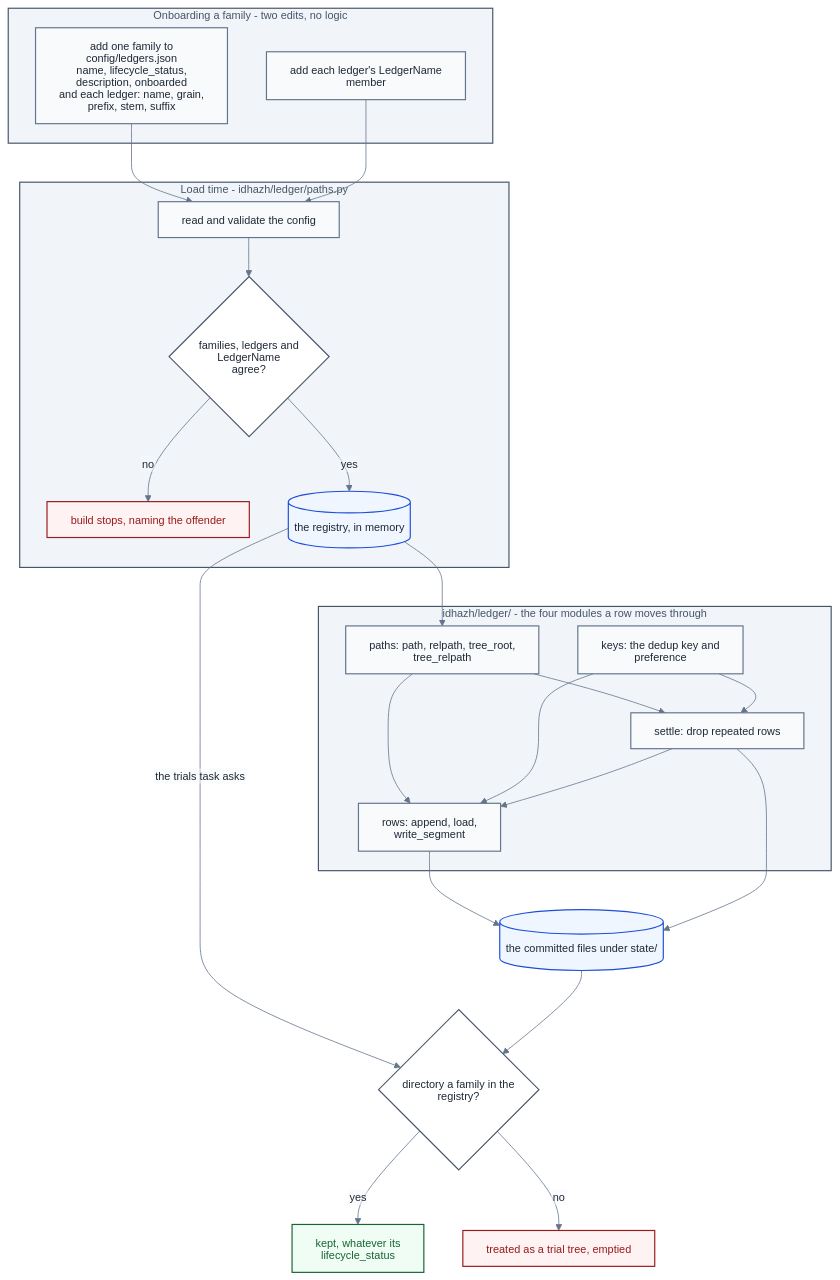
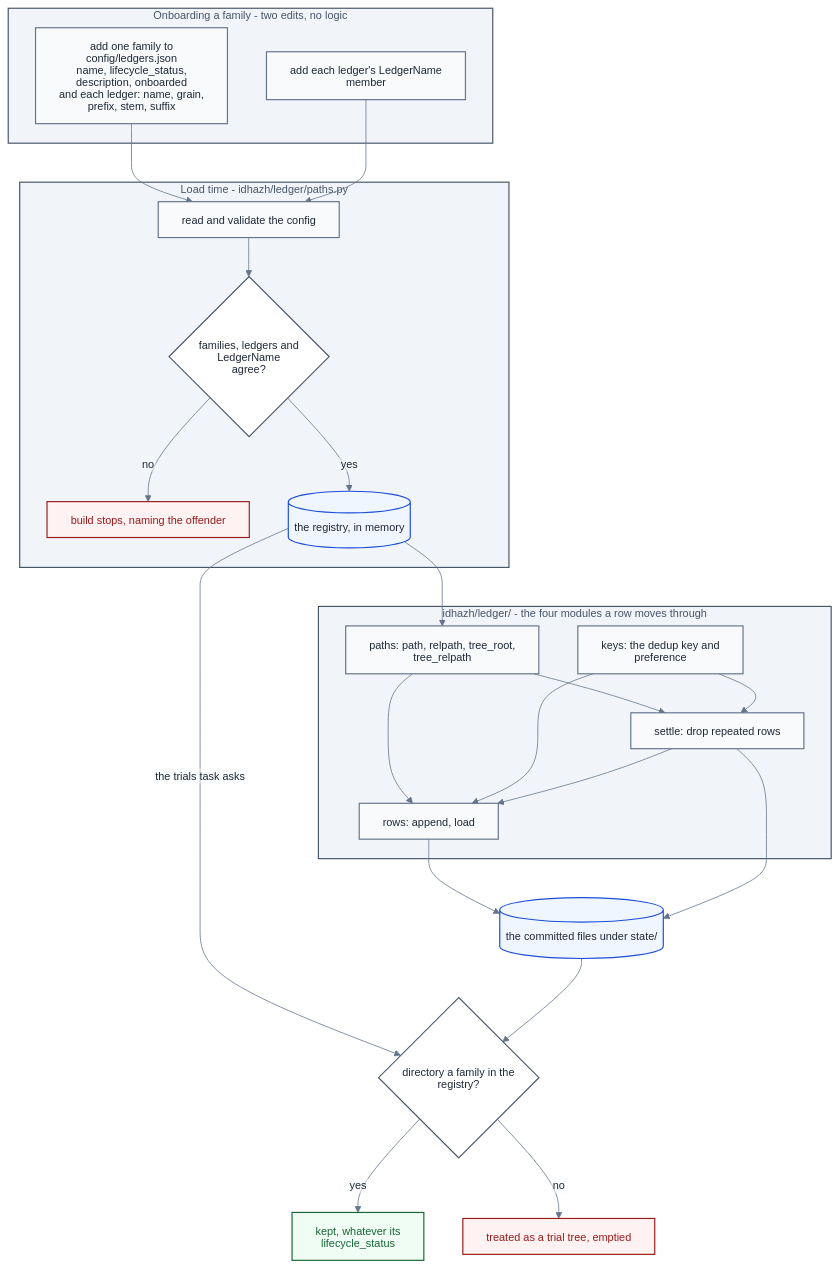
Before and after one commit to miztiik/yen-idhazh: the diagram in docs/architecture/contracts/ledger-registry.md, drawn with Mermaid. The commit also changed other lines of this file and 51 other files, not shown here.

````diff
--- a/docs/architecture/contracts/ledger-registry.md
+++ b/docs/architecture/contracts/ledger-registry.md
@@ -143,59 +139,59 @@
 ```mermaid
 %%{init: {"theme": "base", "htmlLabels": false, "themeVariables": {"background": "#ffffff", "primaryColor": "#f8fafc", "primaryTextColor": "#1f2937", "primaryBorderColor": "#64748b", "lineColor": "#64748b", "textColor": "#1f2937", "clusterBkg": "#f1f5f9", "clusterBorder": "#64748b", "titleColor": "#1f2937", "edgeLabelBackground": "#f8fafc", "fontSize": "14px"}}}%%
 flowchart TB
   subgraph ONBOARD["Onboarding a family - two edits, no logic"]
     ENTRY["add one family to config/ledgers.json<br/>name, lifecycle_status, description, onboarded<br/>and each ledger: name, grain, prefix, stem, suffix"]
     MEMBER["add each ledger's LedgerName member"]
   end
 
   subgraph LOAD["Load time - idhazh/ledger/paths.py"]
     READ["read and validate the config"]
     BIJ{"families, ledgers and LedgerName<br/>agree?"}
     REFUSE["build stops, naming the offender"]
     REG[("the registry, in memory")]
   end
 
   subgraph DOOR["idhazh/ledger/ - the four modules a row moves through"]
     PATHS["paths: path, relpath, tree_root, tree_relpath"]
     KEYS["keys: the dedup key and preference"]
-    ROWS["rows: append, load, write_segment"]
+    ROWS["rows: append, load"]
     SETTLE["settle: drop repeated rows"]
   end
 
   TREE[("the committed files under state/")]
   PRUNE{"directory a family in the registry?"}
   KEEP["kept, whatever its lifecycle_status"]
   EMPTY["treated as a trial tree, emptied"]
 
   ENTRY --> READ
   MEMBER --> READ
   READ --> BIJ
   BIJ -->|"no"| REFUSE
   BIJ -->|"yes"| REG
   REG --> PATHS
   PATHS --> ROWS
   PATHS --> SETTLE
   KEYS --> ROWS
   KEYS --> SETTLE
   SETTLE --> ROWS
   ROWS --> TREE
   SETTLE --> TREE
   REG -->|"the trials task asks"| PRUNE
   PRUNE -->|"yes"| KEEP
   PRUNE -->|"no"| EMPTY
   TREE --> PRUNE
 
   classDef stage fill:#f8fafc,stroke:#64748b,stroke-width:1.5px,color:#1f2937;
   classDef decision fill:#ffffff,stroke:#475569,stroke-width:1.5px,color:#1f2937;
   classDef yes fill:#f0fdf4,stroke:#166534,stroke-width:1.5px,color:#166534;
   classDef no fill:#fef2f2,stroke:#991b1b,stroke-width:1.5px,color:#991b1b;
   classDef ledger fill:#eff6ff,stroke:#1d4ed8,stroke-width:1.5px,color:#1f2937;
   classDef sysOps fill:#f1f5f9,stroke:#475569,stroke-width:1.5px,color:#475569;
 
   class ENTRY,MEMBER,READ,PATHS,KEYS,ROWS,SETTLE stage;
   class BIJ,PRUNE decision;
   class KEEP yes;
   class REFUSE,EMPTY no;
   class REG,TREE ledger;
   class ONBOARD,LOAD,DOOR sysOps;
 ```
````
